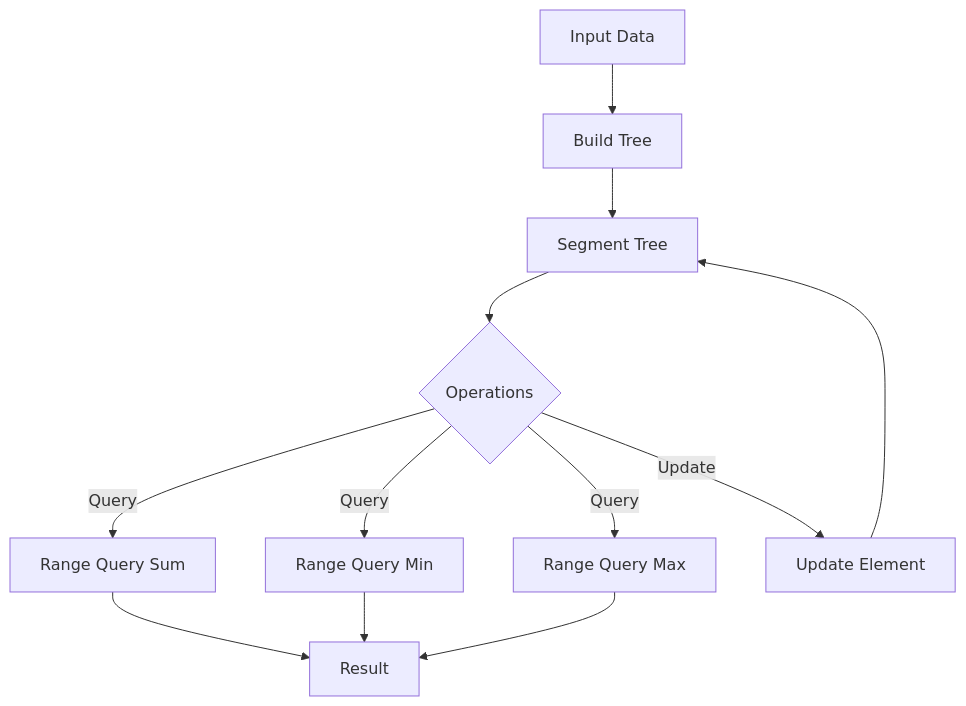
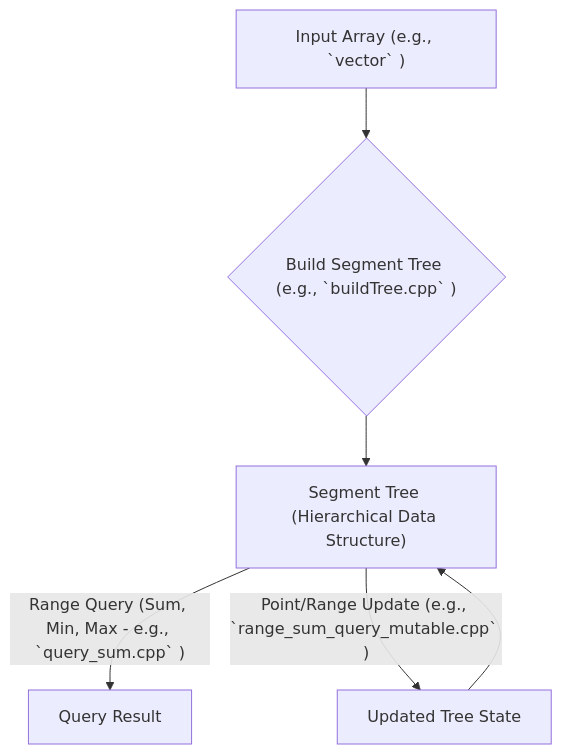
One commit to grewal16/leetcode changed the diagram in README.md. Above: the diagram before and after it, drawn with Mermaid. The commit also changed other lines of this file, not shown here.

````diff
--- a/README.md
+++ b/README.md
@@ -25,14 +28,8 @@
 ```mermaid
 graph TD
-    A["Input Data"] --> B["Build Tree"]
-    B --> C["Segment Tree"]
-    C --> D{"Operations"}
-    D -- "Query" --> E["Range Query Sum"]
-    D -- "Query" --> F["Range Query Min"]
-    D -- "Query" --> G["Range Query Max"]
-    D -- "Update" --> H["Update Element"]
-    E --> I["Result"]
-    F --> I
-    G --> I
-    H --> C
+    A["Input Array (e.g., `vector<int>` )"] --> B{"Build Segment Tree (e.g., `buildTree.cpp` )"};
+    B --> C["Segment Tree (Hierarchical Data Structure)"];
+    C -- "Range Query (Sum, Min, Max - e.g., `query_sum.cpp` )" --> D["Query Result"];
+    C -- "Point/Range Update (e.g., `range_sum_query_mutable.cpp` )" --> E["Updated Tree State"];
+    E --> C;
 ```
````
